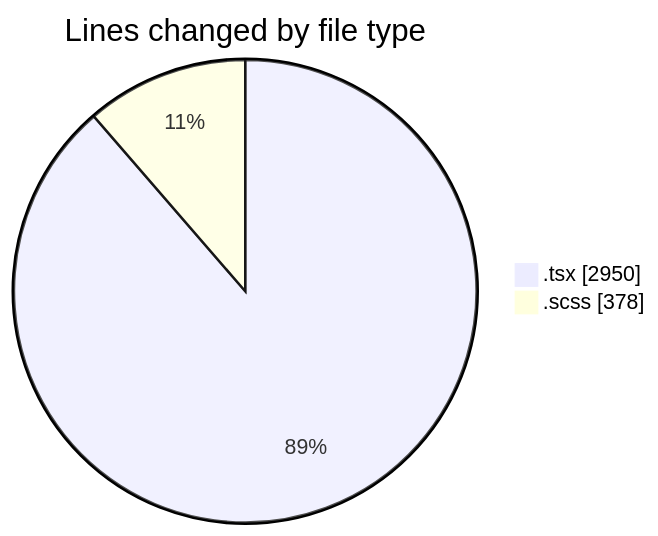
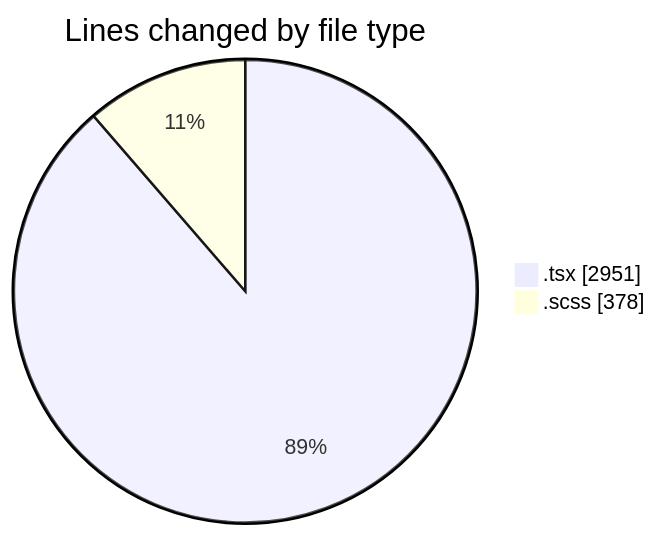
One commit to momahboobian/code-tracking changed the first of 2 diagrams in 2025-09-30/cda/README.md. Above: the diagram before and after it, drawn with Mermaid. The commit also changed other lines of this file and 1 other file, not shown here.

````diff
--- a/2025-09-30/cda/README.md
+++ b/2025-09-30/cda/README.md
@@ -23,6 +23,6 @@
 ```mermaid
 pie showData
 title Lines changed by file type
-".tsx" : 2950
+".tsx" : 2951
 ".scss" : 378
 ```
````
